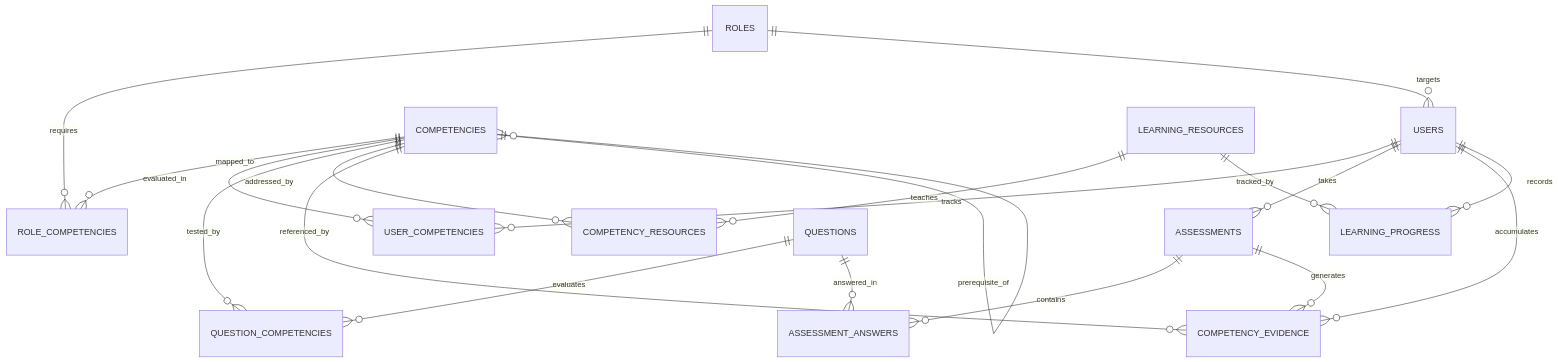
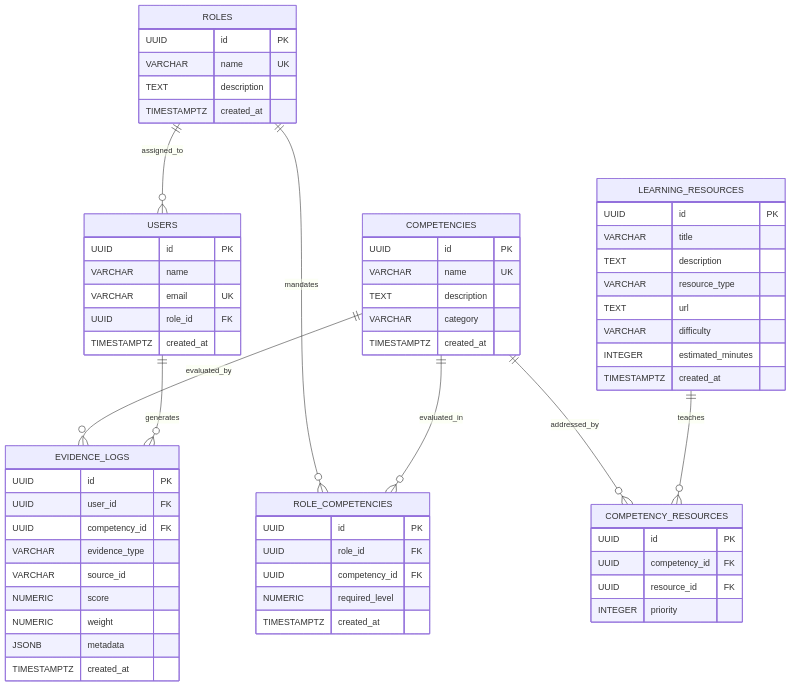
The diagram in docs/DATABASE_SCHEMA.md (aehns-n/Skill_Compass), drawn with Mermaid before and after one commit. The commit also changed other lines of this file and 4 other files, not shown here.

Commit message:
feat(database): implement PostgreSQL/Supabase schema, seed data, and resource indexing

````diff
--- a/docs/DATABASE_SCHEMA.md
+++ b/docs/DATABASE_SCHEMA.md
@@ -7,21 +7,71 @@
 ```mermaid
 erDiagram
-    USERS ||--o{ USER_COMPETENCIES : "tracks"
-    USERS ||--o{ ASSESSMENTS : "takes"
-    USERS ||--o{ COMPETENCY_EVIDENCE : "accumulates"
-    USERS ||--o{ LEARNING_PROGRESS : "records"
-    ROLES ||--o{ ROLE_COMPETENCIES : "requires"
-    ROLES ||--o{ USERS : "targets"
-    COMPETENCIES ||--o{ ROLE_COMPETENCIES : "mapped_to"
-    COMPETENCIES ||--o{ USER_COMPETENCIES : "evaluated_in"
-    COMPETENCIES ||--o{ QUESTION_COMPETENCIES : "tested_by"
+    ROLES ||--o{ USERS : "assigned_to"
+    ROLES ||--o{ ROLE_COMPETENCIES : "mandates"
+    COMPETENCIES ||--o{ ROLE_COMPETENCIES : "evaluated_in"
     COMPETENCIES ||--o{ COMPETENCY_RESOURCES : "addressed_by"
-    COMPETENCIES ||--o{ COMPETENCY_EVIDENCE : "referenced_by"
-    COMPETENCIES ||--o{ COMPETENCIES : "prerequisite_of"
-    QUESTIONS ||--o{ QUESTION_COMPETENCIES : "evaluates"
-    QUESTIONS ||--o{ ASSESSMENT_ANSWERS : "answered_in"
-    ASSESSMENTS ||--o{ ASSESSMENT_ANSWERS : "contains"
-    ASSESSMENTS ||--o{ COMPETENCY_EVIDENCE : "generates"
+    COMPETENCIES ||--o{ EVIDENCE_LOGS : "evaluated_by"
     LEARNING_RESOURCES ||--o{ COMPETENCY_RESOURCES : "teaches"
-    LEARNING_RESOURCES ||--o{ LEARNING_PROGRESS : "tracked_by"
+    USERS ||--o{ EVIDENCE_LOGS : "generates"
+
+    ROLES {
+        UUID id PK
+        VARCHAR name UK
+        TEXT description
+        TIMESTAMPTZ created_at
+    }
+
+    USERS {
+        UUID id PK
+        VARCHAR name
+        VARCHAR email UK
+        UUID role_id FK
+        TIMESTAMPTZ created_at
+    }
+
+    COMPETENCIES {
+        UUID id PK
+        VARCHAR name UK
+        TEXT description
+        VARCHAR category
+        TIMESTAMPTZ created_at
+    }
+
+    ROLE_COMPETENCIES {
+        UUID id PK
+        UUID role_id FK
+        UUID competency_id FK
+        NUMERIC required_level
+        TIMESTAMPTZ created_at
+    }
+
+    LEARNING_RESOURCES {
+        UUID id PK
+        VARCHAR title
+        TEXT description
+        VARCHAR resource_type
+        TEXT url
+        VARCHAR difficulty
+        INTEGER estimated_minutes
+        TIMESTAMPTZ created_at
+    }
+
+    COMPETENCY_RESOURCES {
+        UUID id PK
+        UUID competency_id FK
+        UUID resource_id FK
+        INTEGER priority
+    }
+
+    EVIDENCE_LOGS {
+        UUID id PK
+        UUID user_id FK
+        UUID competency_id FK
+        VARCHAR evidence_type
+        VARCHAR source_id
+        NUMERIC score
+        NUMERIC weight
+        JSONB metadata
+        TIMESTAMPTZ created_at
+    }
 ```
````
